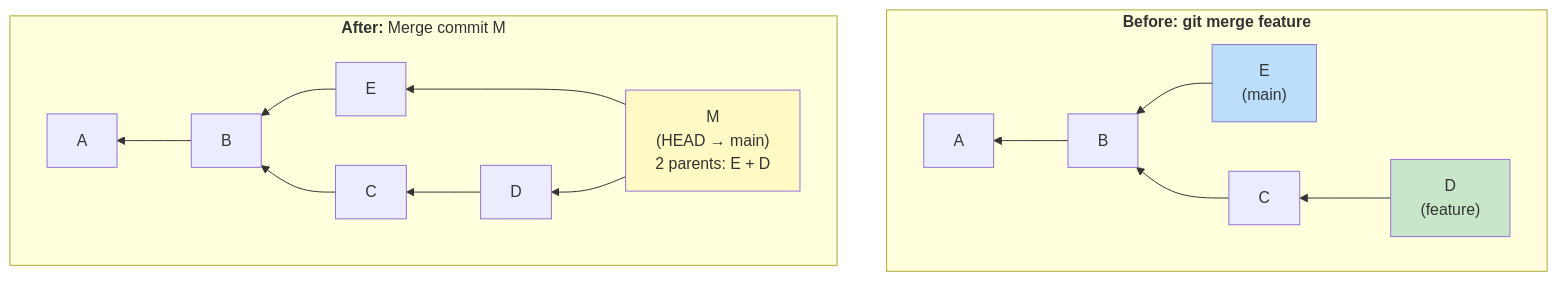
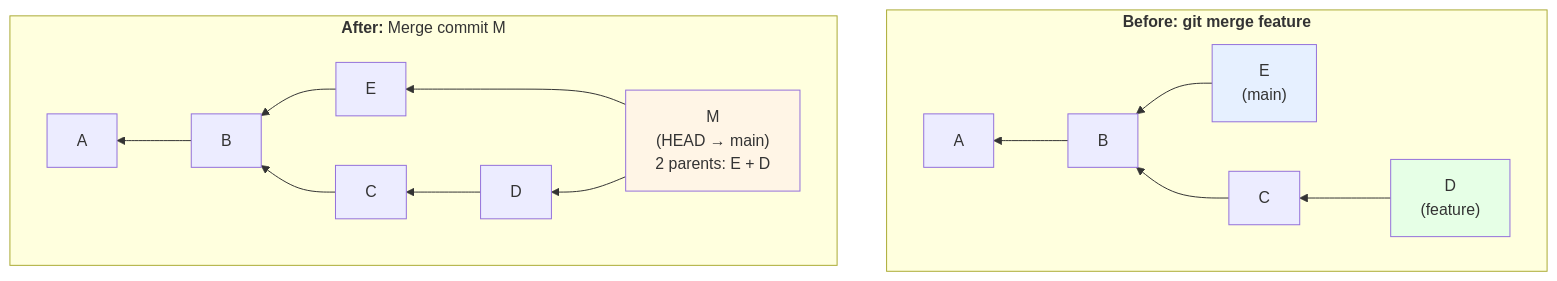
Before and after one commit to mohammedsaif001/full-stack-engineering-notes: the fifth of 8 diagrams in 02-github/Github.md, drawn with Mermaid. The commit also changed other lines of this file and 1 other file, not shown here.

````diff
--- a/02-github/Github.md
+++ b/02-github/Github.md
@@ -515,37 +519,38 @@
 ```mermaid
+%%{init: {'theme': 'default', 'themeVariables': { 'primaryColor': '#fff5e6', 'primaryTextColor': '#000', 'primaryBorderColor': '#0066cc'}} }%%
 graph TB
     subgraph Before["<b>Before: git merge feature</b>"]
         direction RL
         A["A"]
         B["B"]
         E["E<br/>(main)"]
         C["C"]
         D["D<br/>(feature)"]
         
         E --> B
         B --> A
         D --> C
         C --> B
     end
     
     subgraph After["<b>After:</b> Merge commit M"]
         direction RL
         A2["A"]
         B2["B"]
         E2["E"]
         C2["C"]
         D2["D"]
         M["M<br/>(HEAD → main)<br/>2 parents: E + D"]
         
         E2 --> B2
         B2 --> A2
         D2 --> C2
         C2 --> B2
         M --> E2
         M --> D2
     end
     
-    style E fill:#bbdefb
-    style D fill:#c8e6c9
-    style M fill:#fff9c4
+    style E fill:#e6f0ff
+    style D fill:#e6ffe6
+    style M fill:#fff5e6
 ```
````
